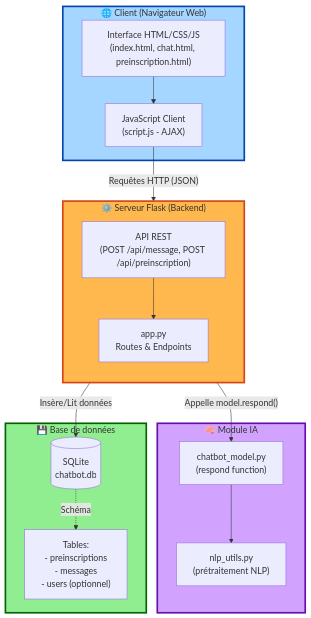
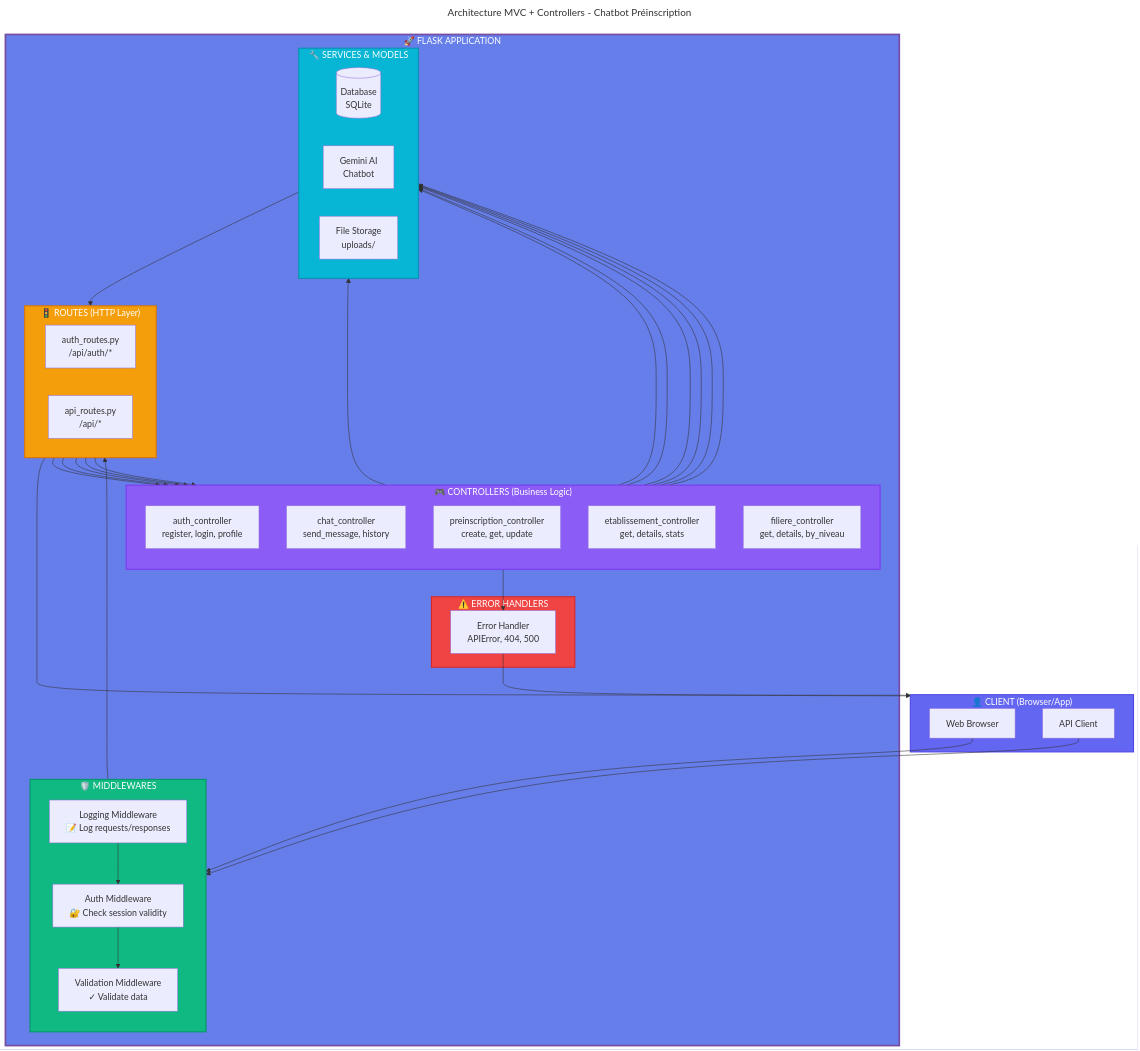
The diagram in doc/diagram/architecture.mmd (MadickAngeCesar/chatbot-preinscription), drawn with Mermaid before and after one commit. The commit also changed 53 other files, not shown here.

First line of the commit message:
feat: Implement API routes for authentication and main functionalities

```diff
--- a/doc/diagram/architecture.mmd
+++ b/doc/diagram/architecture.mmd
@@ -1,34 +1,80 @@
+---
+title: Architecture MVC + Controllers - Chatbot Préinscription
+---
+
 flowchart TB
-    subgraph Client["🌐 Client (Navigateur Web)"]
-        UI["Interface HTML/CSS/JS<br/>(index.html, chat.html, preinscription.html)"]
-        JS["JavaScript Client<br/>(script.js - AJAX)"]
+    subgraph Client["👤 CLIENT (Browser/App)"]
+        Browser[Web Browser]
+        API[API Client]
     end
+
+    subgraph FlaskApp["🚀 FLASK APPLICATION"]
+        
+        subgraph Middlewares["🛡️ MIDDLEWARES"]
+            direction TB
+            Log[Logging Middleware<br/>📝 Log requests/responses]
+            Auth[Auth Middleware<br/>🔐 Check session validity]
+            Valid[Validation Middleware<br/>✓ Validate data]
+        end
+
+        subgraph Routes["🚦 ROUTES (HTTP Layer)"]
+            direction LR
+            AuthRoutes[auth_routes.py<br/>/api/auth/*]
+            APIRoutes[api_routes.py<br/>/api/*]
+        end
+
+        subgraph Controllers["🎮 CONTROLLERS (Business Logic)"]
+            direction TB
+            AuthCtrl[auth_controller<br/>register, login, profile]
+            ChatCtrl[chat_controller<br/>send_message, history]
+            PreinsCtrl[preinscription_controller<br/>create, get, update]
+            EtabCtrl[etablissement_controller<br/>get, details, stats]
+            FilCtrl[filiere_controller<br/>get, details, by_niveau]
+        end
+
+        subgraph ServicesModels["🔧 SERVICES & MODELS"]
+            direction LR
+            DB[(Database<br/>SQLite)]
+            Gemini[Gemini AI<br/>Chatbot]
+            Files[File Storage<br/>uploads/]
+        end
+
+        subgraph ErrorHandling["⚠️ ERROR HANDLERS"]
+            ErrHandler[Error Handler<br/>APIError, 404, 500]
+        end
+    end
+
+    Browser --> Log
+    API --> Log
     
-    subgraph Server["⚙️ Serveur Flask (Backend)"]
-        direction TB
-        App["app.py<br/>Routes & Endpoints"]
-        API["API REST<br/>(POST /api/message, POST /api/preinscription)"]
-    end
+    Log --> Auth
+    Auth --> Valid
+    Valid --> Routes
     
-    subgraph Model["🧠 Module IA"]
-        ChatModel["chatbot_model.py<br/>(respond function)"]
-        NLP["nlp_utils.py<br/>(prétraitement NLP)"]
-    end
+    AuthRoutes --> AuthCtrl
+    APIRoutes --> ChatCtrl
+    APIRoutes --> PreinsCtrl
+    APIRoutes --> EtabCtrl
+    APIRoutes --> FilCtrl
     
-    subgraph Database["💾 Base de données"]
-        SQLite[("SQLite<br/>chatbot.db")]
-        Tables["Tables:<br/>- preinscriptions<br/>- messages<br/>- users (optionnel)"]
-    end
+    AuthCtrl --> DB
+    ChatCtrl --> DB
+    ChatCtrl --> Gemini
+    PreinsCtrl --> DB
+    PreinsCtrl --> Files
+    EtabCtrl --> DB
+    FilCtrl --> DB
     
-    UI --> JS
-    JS -->|"Requêtes HTTP (JSON)"| API
-    API --> App
-    App -->|"Appelle model.respond()"| ChatModel
-    ChatModel --> NLP
-    App -->|"Insère/Lit données"| SQLite
-    SQLite -.->|"Schéma"| Tables
+    Controllers --> ErrHandler
+    ErrHandler --> Client
     
-    style Client fill:#a5d6ff,stroke:#0047ab,stroke-width:3px
-    style Server fill:#ffb84d,stroke:#d84315,stroke-width:3px
-    style Model fill:#d1a3ff,stroke:#6a0dad,stroke-width:3px
-    style Database fill:#90ee90,stroke:#006400,stroke-width:3px
+    ServicesModels --> Routes
+    Routes --> Client
+
+    style FlaskApp fill:#667eea,stroke:#764ba2,stroke-width:3px,color:#fff
+    style Middlewares fill:#10b981,stroke:#059669,stroke-width:2px,color:#fff
+    style Routes fill:#f59e0b,stroke:#d97706,stroke-width:2px,color:#fff
+    style Controllers fill:#8b5cf6,stroke:#7c3aed,stroke-width:2px,color:#fff
+    style ServicesModels fill:#06b6d4,stroke:#0891b2,stroke-width:2px,color:#fff
+    style ErrorHandling fill:#ef4444,stroke:#dc2626,stroke-width:2px,color:#fff
+    style Client fill:#6366f1,stroke:#4f46e5,stroke-width:2px,color:#fff
```
